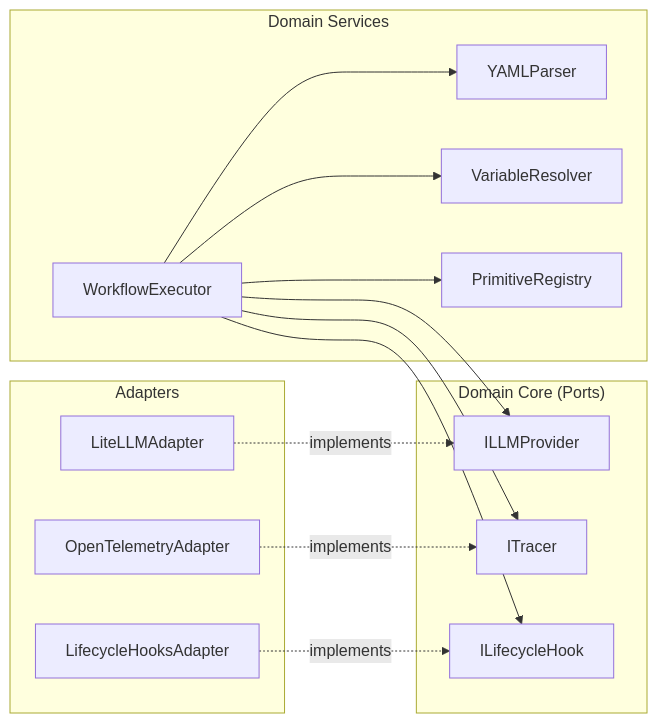
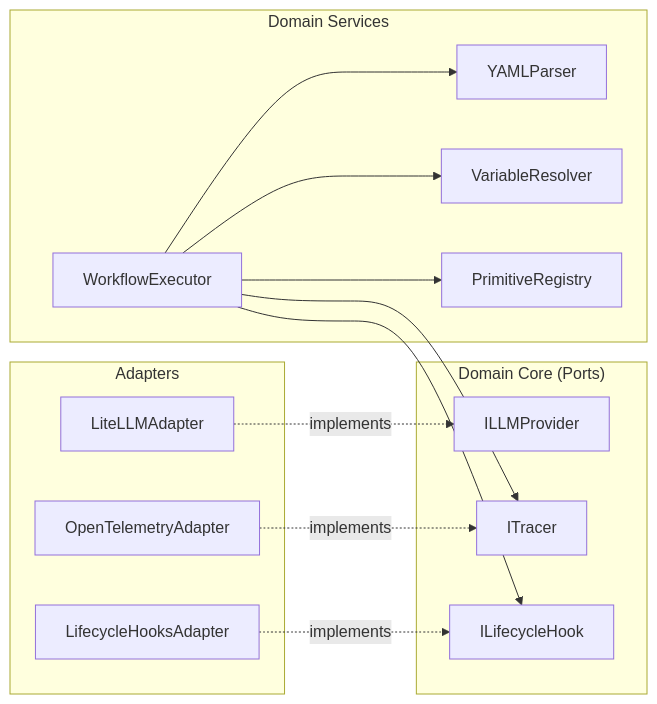
The diagram in docs/architecture/components.md (botanarede/beddel-py), drawn with Mermaid before and after one commit. The commit also changed other lines of this file and 14 other files, not shown here.

````diff
--- a/docs/architecture/components.md
+++ b/docs/architecture/components.md
@@ -165,31 +165,30 @@
 ```mermaid
 graph LR
     subgraph "Domain Core (Ports)"
         P1[ILLMProvider]
         P2[ITracer]
         P3[ILifecycleHook]
     end
 
     subgraph "Domain Services"
         S1[YAMLParser]
         S2[VariableResolver]
         S3[WorkflowExecutor]
         S4[PrimitiveRegistry]
     end
 
     subgraph "Adapters"
         A1[LiteLLMAdapter]
         A2[OpenTelemetryAdapter]
         A3[LifecycleHooksAdapter]
     end
 
-    S3 --> P1
     S3 --> P2
     S3 --> P3
     A1 -.implements.-> P1
     A2 -.implements.-> P2
     A3 -.implements.-> P3
     S3 --> S1
     S3 --> S2
     S3 --> S4
 ```
````
